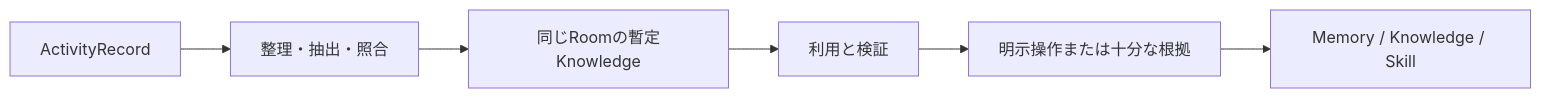
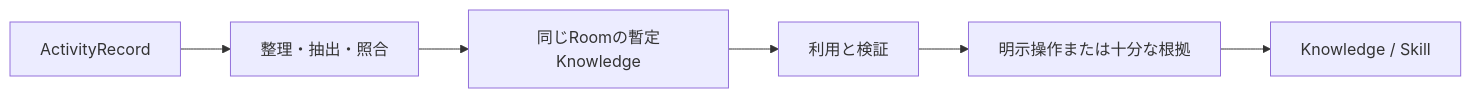
Before and after one commit to Takuma-kaho/Samurai-Agent: the third of 3 diagrams in ARCHITECTURE.md, drawn with Mermaid. The commit also changed other lines of this file and 36 other files, not shown here.

```diff
--- a/ARCHITECTURE.md
+++ b/ARCHITECTURE.md
@@ -283,15 +283,15 @@
 ~~~mermaid
 flowchart LR
   Activity["ActivityRecord"]
   Review["整理・抽出・照合"]
   Draft["同じRoomの暫定Knowledge"]
   Use["利用と検証"]
   Promote["明示操作または十分な根拠"]
-  Memory["Memory / Knowledge / Skill"]
+  Reuse["Knowledge / Skill"]
 
   Activity --> Review
   Review --> Draft
   Draft --> Use
   Use --> Promote
-  Promote --> Memory
+  Promote --> Reuse
 ~~~
```
